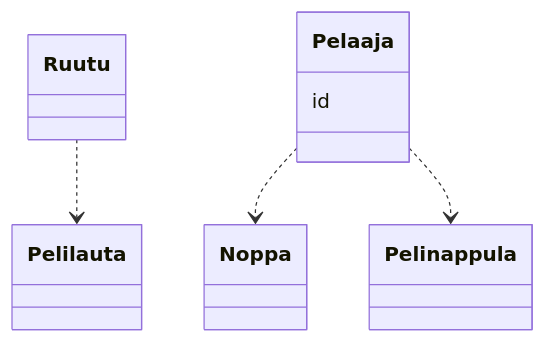
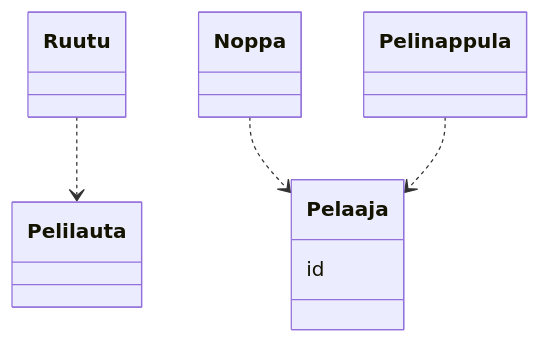
The diagram in laskarit/viikko3/test.md (MiikaMatias/ot-harjoitustyo), drawn with Mermaid before and after one commit.

````diff
--- a/laskarit/viikko3/test.md
+++ b/laskarit/viikko3/test.md
@@ -5,17 +5,17 @@
 ```mermaid
  classDiagram
       Ruutu ..> Pelilauta
-      Pelaaja ..> Noppa
-      Pelaaja ..> Pelinappula
+      Noppa ..> Pelaaja
+      Pelinappula ..> Pelaaja
       class Noppa{
       }
       class Pelaaja{
           id
       }
       class Pelilauta{
       }
       class Ruutu{
       }
       class Pelinappula {
       }
 ```
````
